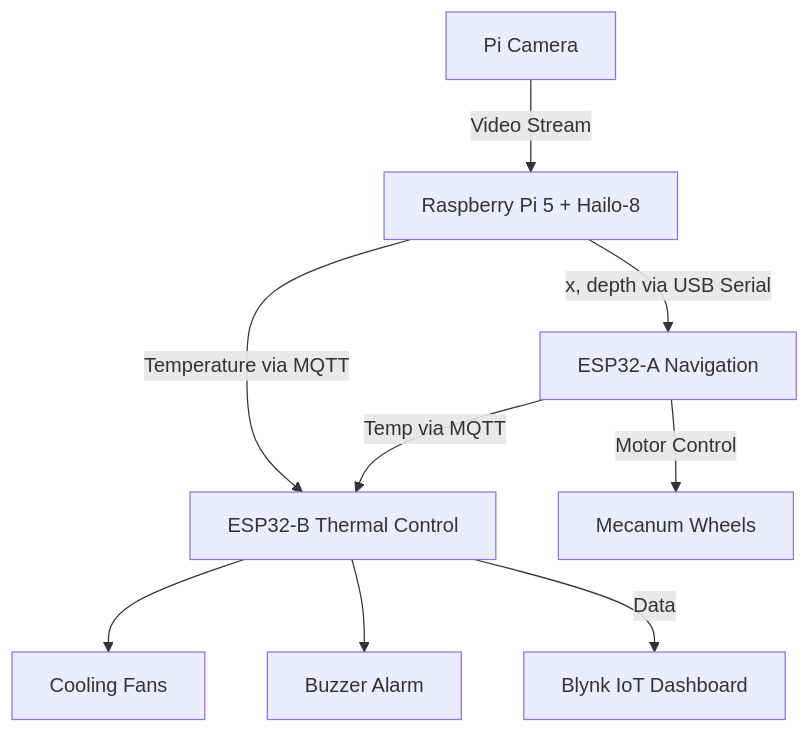
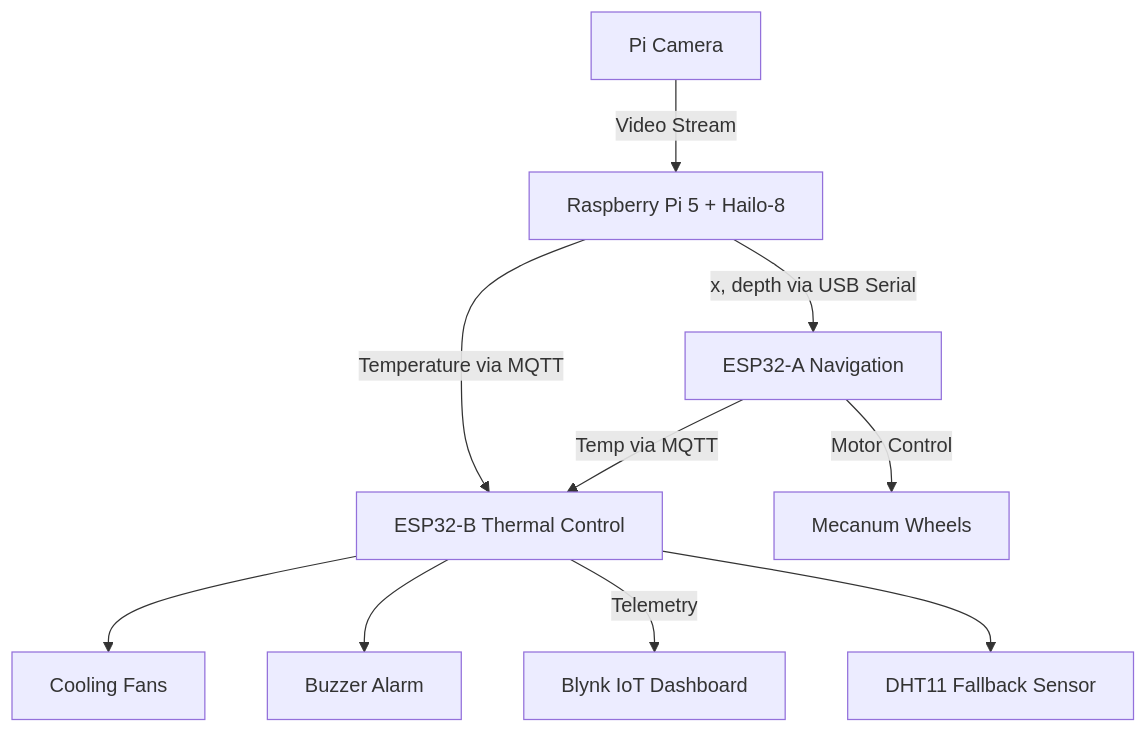
One commit to DurraniHakim27/Autonomous-Navigation-IoT-Robot-with-Vision-Thermal-Sensing-and-Control changed the diagram in README.md. Above: the diagram before and after it, drawn with Mermaid. The commit also changed other lines of this file, not shown here.

````diff
--- a/README.md
+++ b/README.md
@@ -13,11 +13,12 @@
 ```mermaid
 flowchart TD
     Camera[Pi Camera] -->|Video Stream| Pi[Raspberry Pi 5 + Hailo-8]
     Pi -->|x, depth via USB Serial| ESP32A[ESP32-A Navigation]
     Pi -->|Temperature via MQTT| ESP32B[ESP32-B Thermal Control]
     ESP32A -->|Motor Control| Wheels[Mecanum Wheels]
     ESP32A -->|Temp via MQTT| ESP32B
     ESP32B --> Fan[Cooling Fans]
     ESP32B --> Buzzer[Buzzer Alarm]
-    ESP32B -->|Data| Blynk[Blynk IoT Dashboard]
+    ESP32B -->|Telemetry| Blynk[Blynk IoT Dashboard]
+    ESP32B --> DHT11[DHT11 Fallback Sensor]
 ```
````
